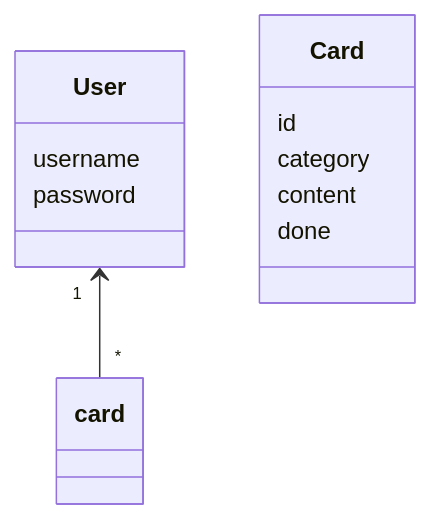
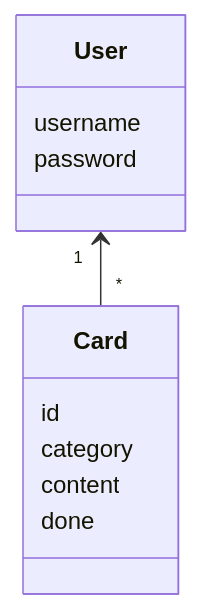
The first of 2 diagrams in dokumentaatio/arkkitehtuuri.md (kirsikkahiltunen/ot-harjoitustyo), drawn with Mermaid before and after one commit.

Commit message:
document arkkitehtuuri.md fixed

````diff
--- a/dokumentaatio/arkkitehtuuri.md
+++ b/dokumentaatio/arkkitehtuuri.md
@@ -1,16 +1,16 @@
 ```mermaid
  classDiagram
-    User "1" <-- "*" card
+    User "1" <-- "*" Card
 
     class User{
         username
         password
     }
 
     class Card{
         id
         category
         content
         done
     }
 ```
````
